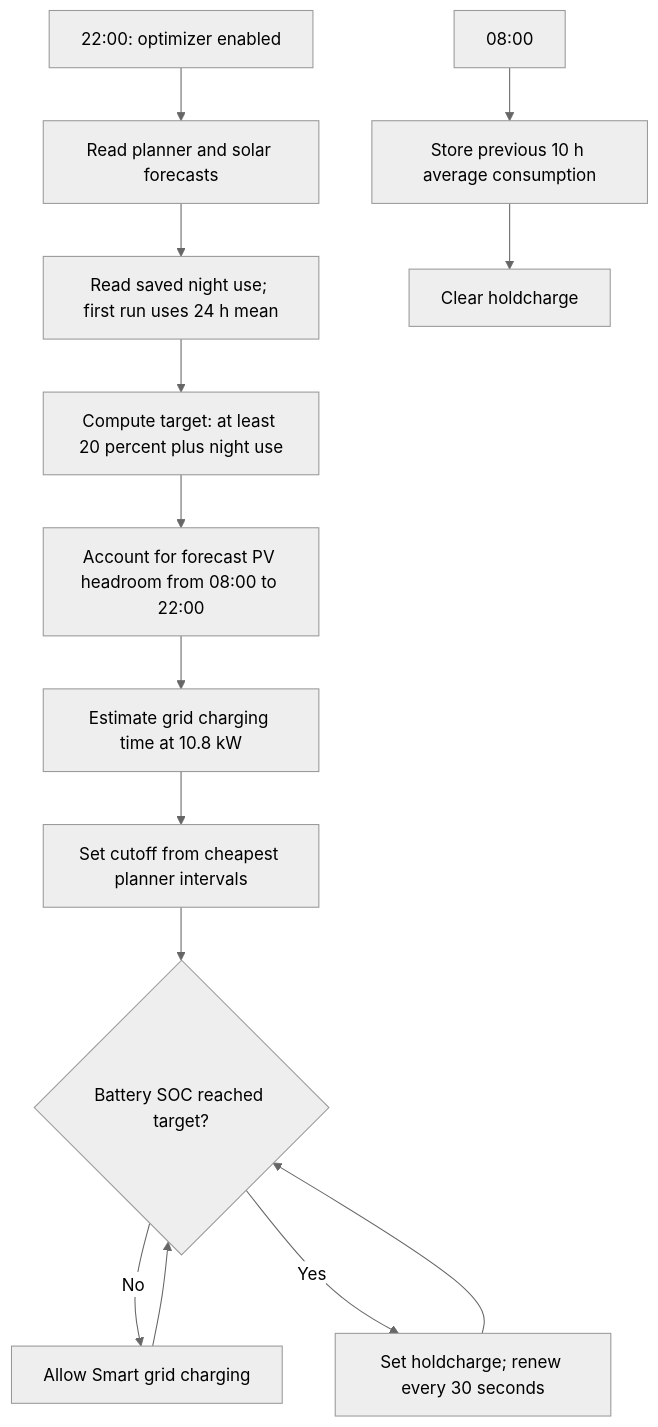
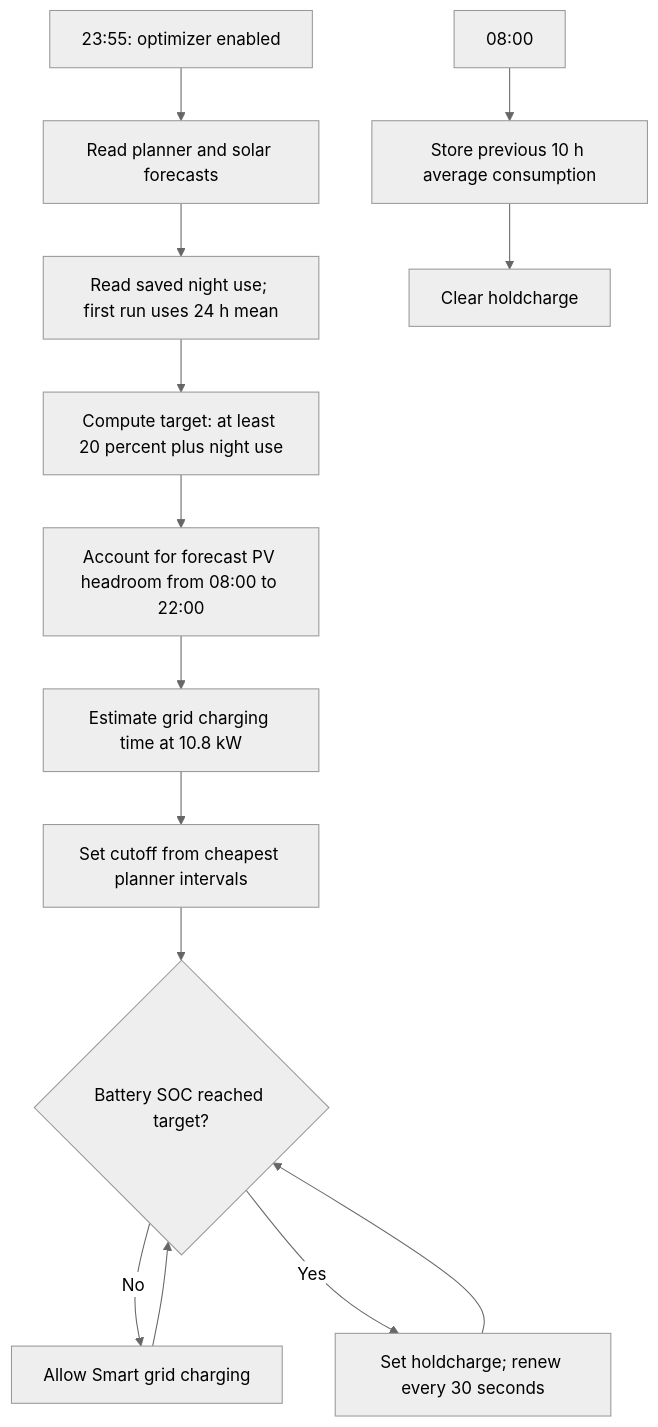
The diagram in home-assistant/evcc/EVCC_PREISOPTIMIERUNG.en.md (synb10se/docs), drawn with Mermaid (neutral theme) before and after one commit. The commit also changed other lines of this file and 1 other file, not shown here.

````diff
--- a/home-assistant/evcc/EVCC_PREISOPTIMIERUNG.en.md
+++ b/home-assistant/evcc/EVCC_PREISOPTIMIERUNG.en.md
@@ -39,16 +39,16 @@
 ```mermaid
 flowchart TD
-    A[22:00: optimizer enabled] --> B[Read planner and solar forecasts]
+    A[23:55: optimizer enabled] --> B[Read planner and solar forecasts]
     B --> C[Read saved night use; first run uses 24 h mean]
     C --> D[Compute target: at least 20 percent plus night use]
     D --> E[Account for forecast PV headroom from 08:00 to 22:00]
     E --> F[Estimate grid charging time at 10.8 kW]
     F --> G[Set cutoff from cheapest planner intervals]
     G --> H{Battery SOC reached target?}
     H -- No --> I[Allow Smart grid charging]
     H -- Yes --> J[Set holdcharge; renew every 30 seconds]
     I --> H
     J --> H
     K[08:00] --> L[Store previous 10 h average consumption]
     L --> M[Clear holdcharge]
 ```
````
